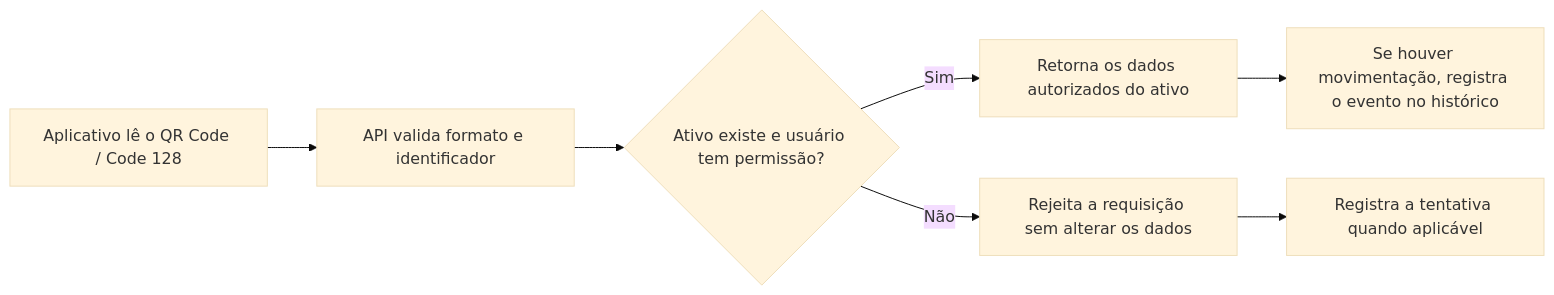
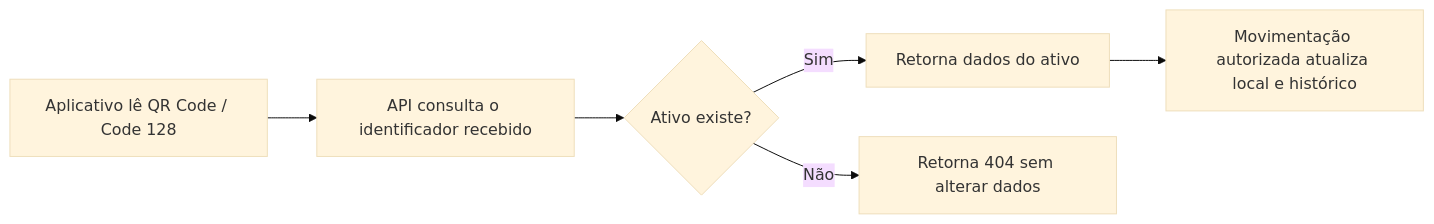
Before and after one commit to AKil22-alt/PI4_EQ_AtlasLab: the diagram in docs/seguranca.md, drawn with Mermaid (base theme). The commit also changed other lines of this file and 5 other files, not shown here.

Commit message:
thunder client / Diagramas png

````diff
--- a/docs/seguranca.md
+++ b/docs/seguranca.md
@@ -21,9 +21,8 @@
 ```mermaid
 flowchart LR
-    A[Aplicativo lê o QR Code / Code 128] --> B[API valida formato e identificador]
-    B --> C{Ativo existe e usuário tem permissão?}
-    C -- Sim --> D[Retorna os dados autorizados do ativo]
-    D --> E[Se houver movimentação, registra o evento no histórico]
-    C -- Não --> F[Rejeita a requisição sem alterar os dados]
-    F --> G[Registra a tentativa quando aplicável]
+    A[Aplicativo lê QR Code / Code 128] --> B[API consulta o identificador recebido]
+    B --> C{Ativo existe?}
+    C -- Sim --> D[Retorna dados do ativo]
+    D --> E[Movimentação autorizada atualiza local e histórico]
+    C -- Não --> F[Retorna 404 sem alterar dados]
 ```
````
